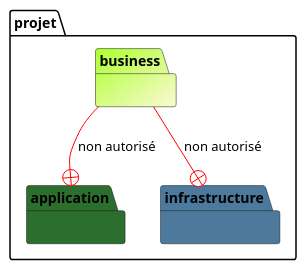
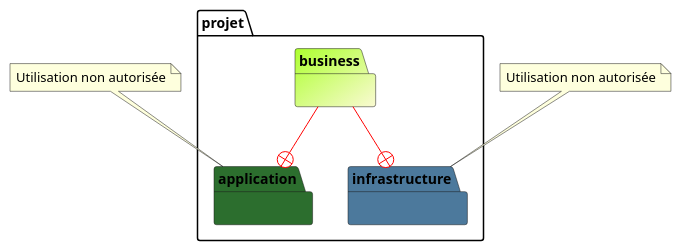
One commit to stef38-code/structureProjet changed the first of 5 diagrams in readme.md. Above: the diagram before and after it, drawn with PlantUML. The commit also changed other lines of this file, not shown here.

````diff
--- a/readme.md
+++ b/readme.md
@@ -43,16 +43,22 @@
 ```plantuml
 @startuml
 
 package projet.business #GreenYellow/LightGoldenRodYellow {
 
 }
 package projet.application #2C6E2E {
 
 }
 package projet.infrastructure #4C799C {
 
 }
-projet.business -[#red]-+ projet.application  : non autorisé
-projet.business -[#red]-+ projet.infrastructure  : non autorisé
+projet.business -[#red]-+ projet.application
+projet.business -[#red]-+ projet.infrastructure
+note top of projet.application
+Utilisation non autorisée
+end note
+note top of projet.infrastructure
+Utilisation non autorisée
+end note
 @enduml
 ```
````
